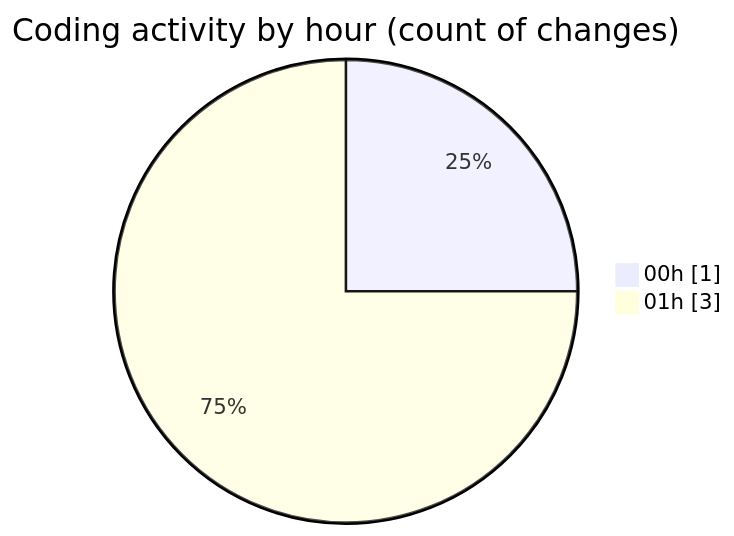
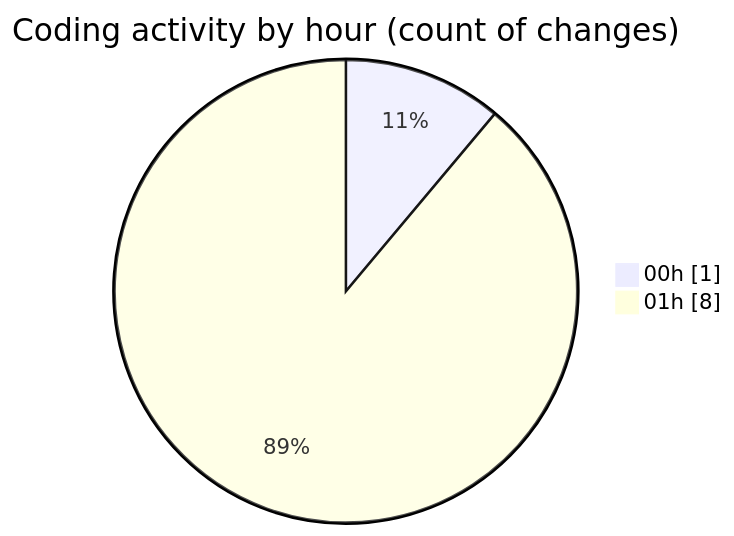
Before and after one commit to Elitesun/code-tracking: the second of 2 diagrams in 2025-05-01/niten/README.md, drawn with Mermaid. The commit also changed other lines of this file and 1 other file, not shown here.

````diff
--- a/2025-05-01/niten/README.md
+++ b/2025-05-01/niten/README.md
@@ -30,6 +32,6 @@
 ```mermaid
 pie showData
 title Coding activity by hour (count of changes)
 "00h" : 1
-"01h" : 3
+"01h" : 8
 ```
````
